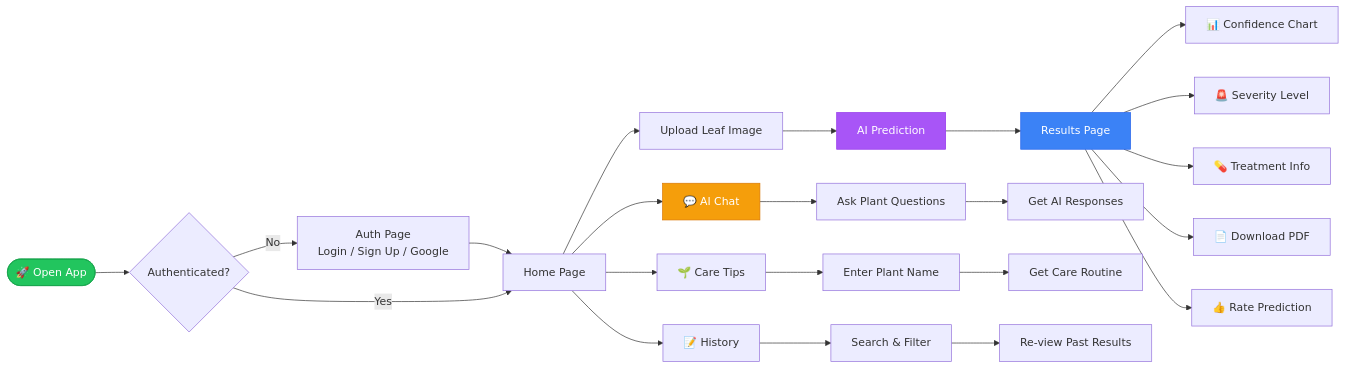
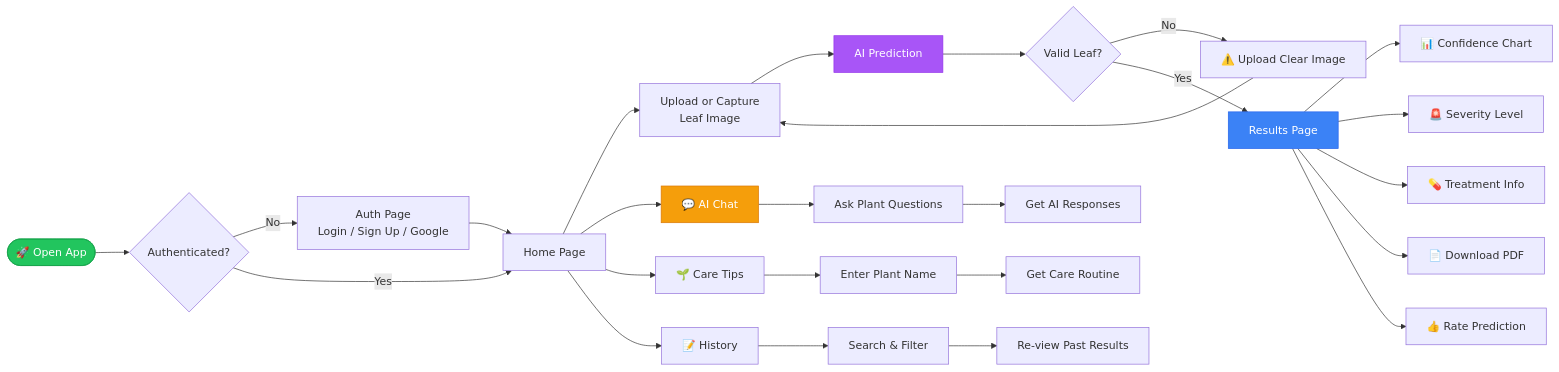
The second of 3 diagrams in README.md (rohithuppala-code/Croply_AI), drawn with Mermaid before and after one commit. The commit also changed other lines of this file and 3 other files, not shown here.

First line of the commit message:
feat: add camera capture & unclear image validation

````diff
--- a/README.md
+++ b/README.md
@@ -121,34 +123,37 @@
 ```mermaid
 flowchart LR
     A([🚀 Open App]) --> B{Authenticated?}
     B -->|No| C[Auth Page<br/>Login / Sign Up / Google]
     C --> D[Home Page]
     B -->|Yes| D
 
-    D --> E[Upload Leaf Image]
+    D --> E[Upload or Capture<br/>Leaf Image]
     E --> F[AI Prediction]
-    F --> G[Results Page]
+    F --> F1{Valid Leaf?}
+    F1 -->|No| E2[⚠️ Upload Clear Image]
+    E2 --> E
+    F1 -->|Yes| G[Results Page]
 
     G --> G1[📊 Confidence Chart]
     G --> G2[🚨 Severity Level]
     G --> G3[💊 Treatment Info]
     G --> G4[📄 Download PDF]
     G --> G5[👍 Rate Prediction]
 
     D --> H[💬 AI Chat]
     H --> H1[Ask Plant Questions]
     H1 --> H2[Get AI Responses]
 
     D --> I[🌱 Care Tips]
     I --> I1[Enter Plant Name]
     I1 --> I2[Get Care Routine]
 
     D --> J[📝 History]
     J --> J1[Search & Filter]
     J1 --> J2[Re-view Past Results]
 
     style A fill:#22c55e,stroke:#16a34a,color:#fff
     style F fill:#a855f7,stroke:#9333ea,color:#fff
     style G fill:#3b82f6,stroke:#2563eb,color:#fff
     style H fill:#f59e0b,stroke:#d97706,color:#fff
 ```
````
